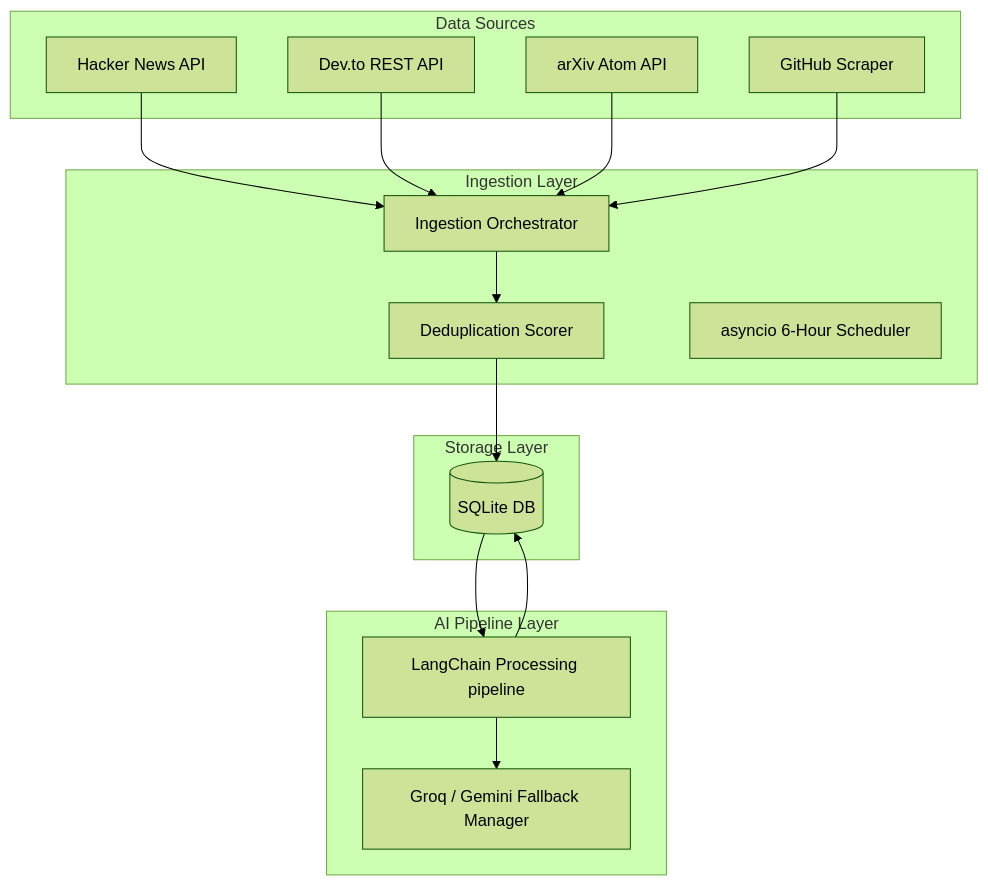
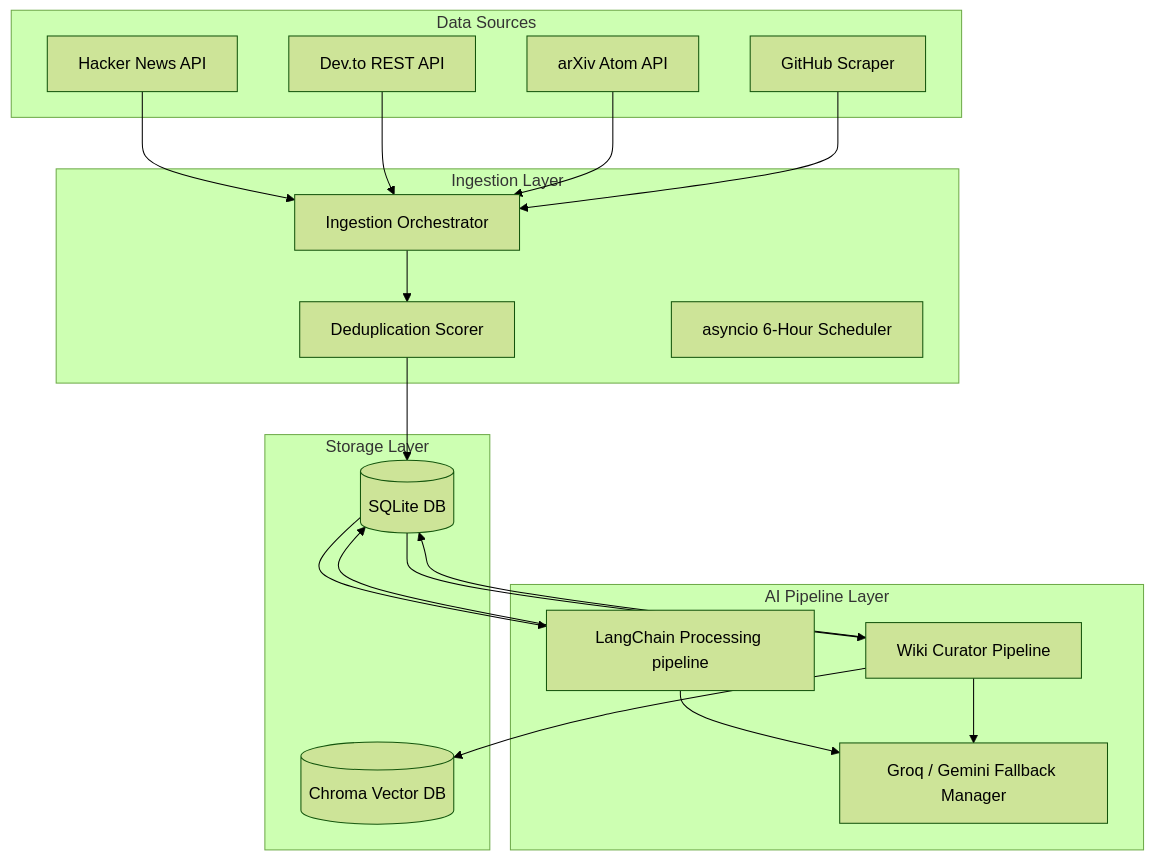
Before and after one commit to dev-patrika/devpatrika-docs: the diagram in system_overview.md, drawn with Mermaid (forest theme). The commit also changed other lines of this file and 1 other file, not shown here.

````diff
--- a/system_overview.md
+++ b/system_overview.md
@@ -11,31 +11,38 @@
 ```mermaid
 graph TD
     subgraph Data Sources
         HN[Hacker News API]
         DevTo[Dev.to REST API]
         arXiv[arXiv Atom API]
         GH[GitHub Scraper]
     end
 
     subgraph Ingestion Layer
         Orch[Ingestion Orchestrator]
         Dedup[Deduplication Scorer]
         Sched[asyncio 6-Hour Scheduler]
     end
 
     subgraph Storage Layer
         DB[(SQLite DB)]
+        VectorDB[(Chroma Vector DB)]
     end
 
     subgraph AI Pipeline Layer
         Pipeline[LangChain Processing pipeline]
         LLM[Groq / Gemini Fallback Manager]
+        Curator[Wiki Curator Pipeline]
     end
 
     HN & DevTo & arXiv & GH --> Orch
     Orch --> Dedup
     Dedup --> DB
     DB --> Pipeline
     Pipeline --> LLM
     Pipeline --> DB
+    
+    DB --> Curator
+    Curator --> LLM
+    Curator --> DB
+    Curator --> VectorDB
 ```
````
